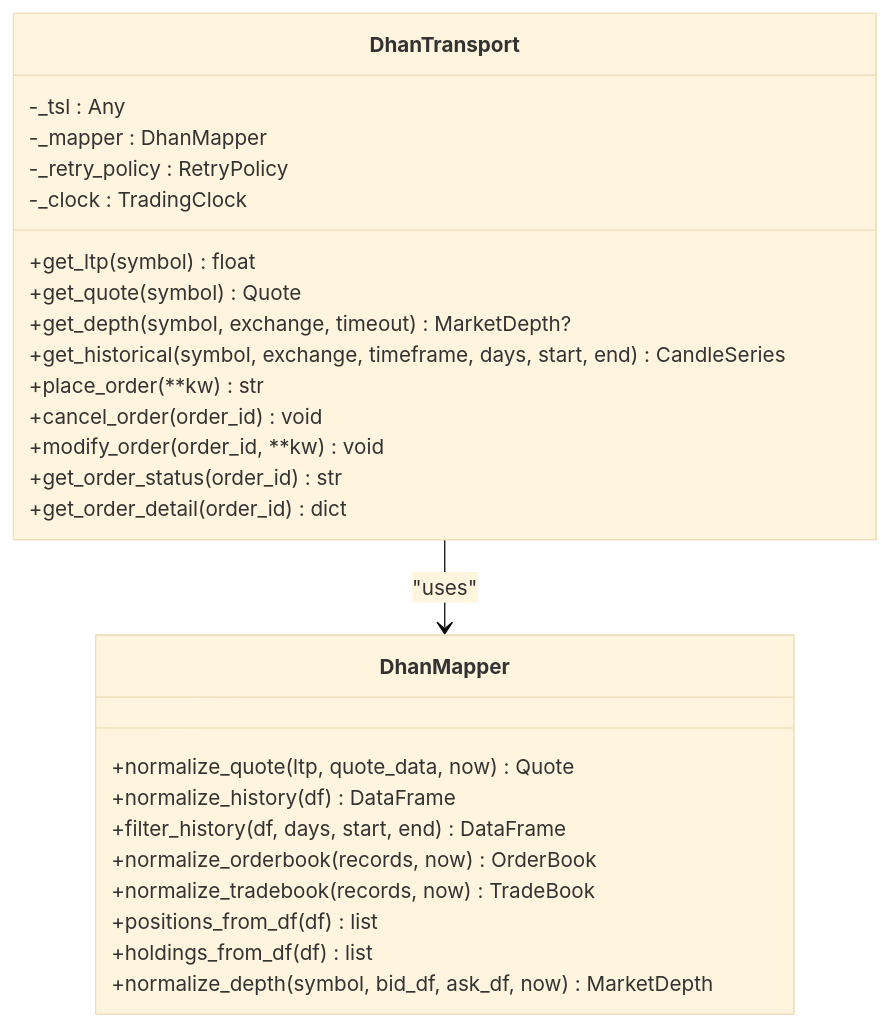
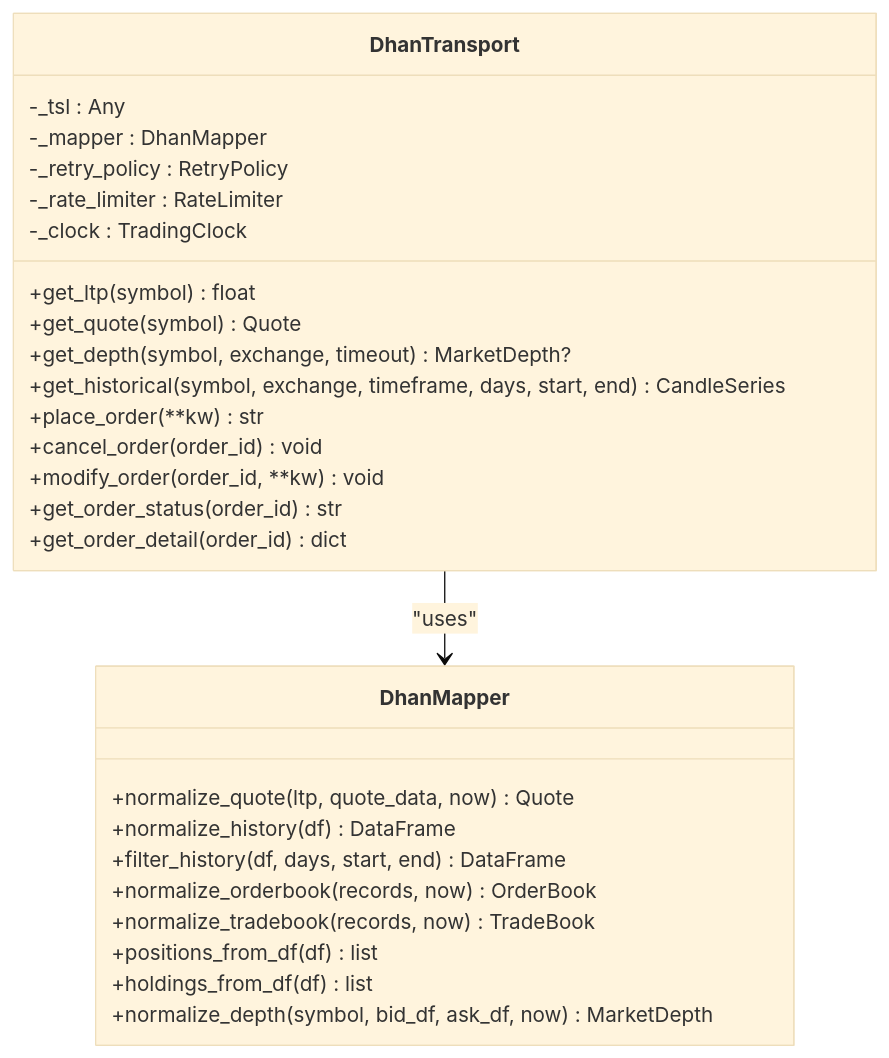
One commit to Ganesh-Kusundal/nTrade changed the fourth of 10 diagrams in .qoder/repowiki/en/content/Broker Integration/Dhan Broker Implementation.md. Above: the diagram before and after it, drawn with Mermaid (base theme). The commit also changed other lines of this file and 331 other files, not shown here.

````diff
--- a/.qoder/repowiki/en/content/Broker Integration/Dhan Broker Implementation.md
+++ b/.qoder/repowiki/en/content/Broker Integration/Dhan Broker Implementation.md
@@ -186,29 +208,30 @@
 ```mermaid
 classDiagram
 class DhanTransport {
 -_tsl : Any
 -_mapper : DhanMapper
 -_retry_policy : RetryPolicy
+-_rate_limiter : RateLimiter
 -_clock : TradingClock
 +get_ltp(symbol) float
 +get_quote(symbol) Quote
 +get_depth(symbol, exchange, timeout) MarketDepth?
 +get_historical(symbol, exchange, timeframe, days, start, end) CandleSeries
 +place_order(**kw) str
 +cancel_order(order_id) void
 +modify_order(order_id, **kw) void
 +get_order_status(order_id) str
 +get_order_detail(order_id) dict
 }
 class DhanMapper {
 +normalize_quote(ltp, quote_data, now) Quote
 +normalize_history(df) DataFrame
 +filter_history(df, days, start, end) DataFrame
 +normalize_orderbook(records, now) OrderBook
 +normalize_tradebook(records, now) TradeBook
 +positions_from_df(df) list
 +holdings_from_df(df) list
 +normalize_depth(symbol, bid_df, ask_df, now) MarketDepth
 }
 DhanTransport --> DhanMapper : "uses"
 ```
````
